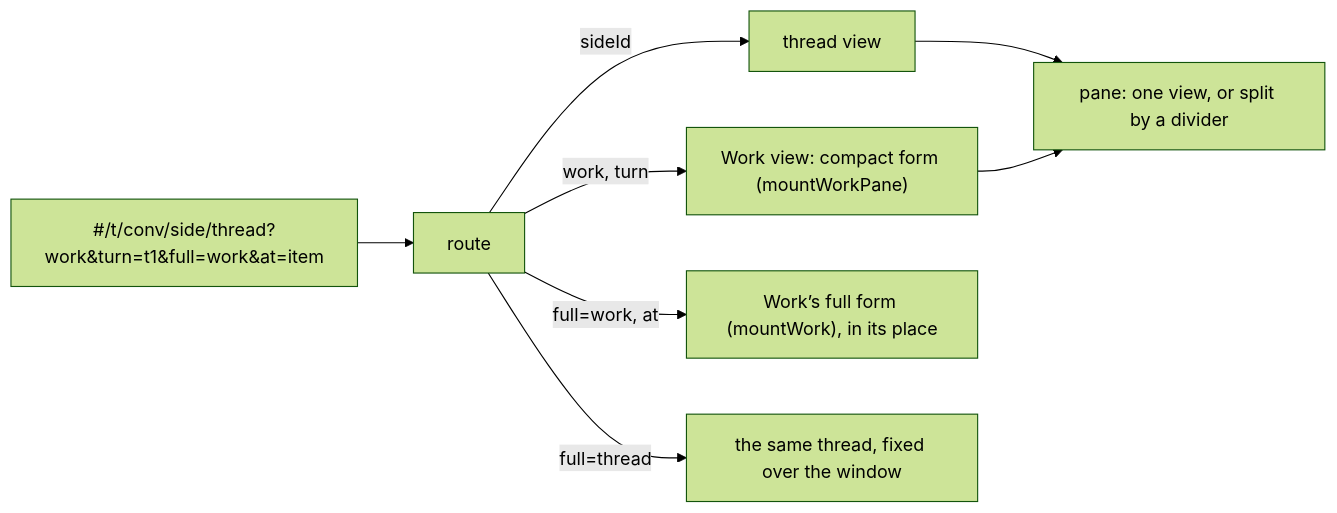
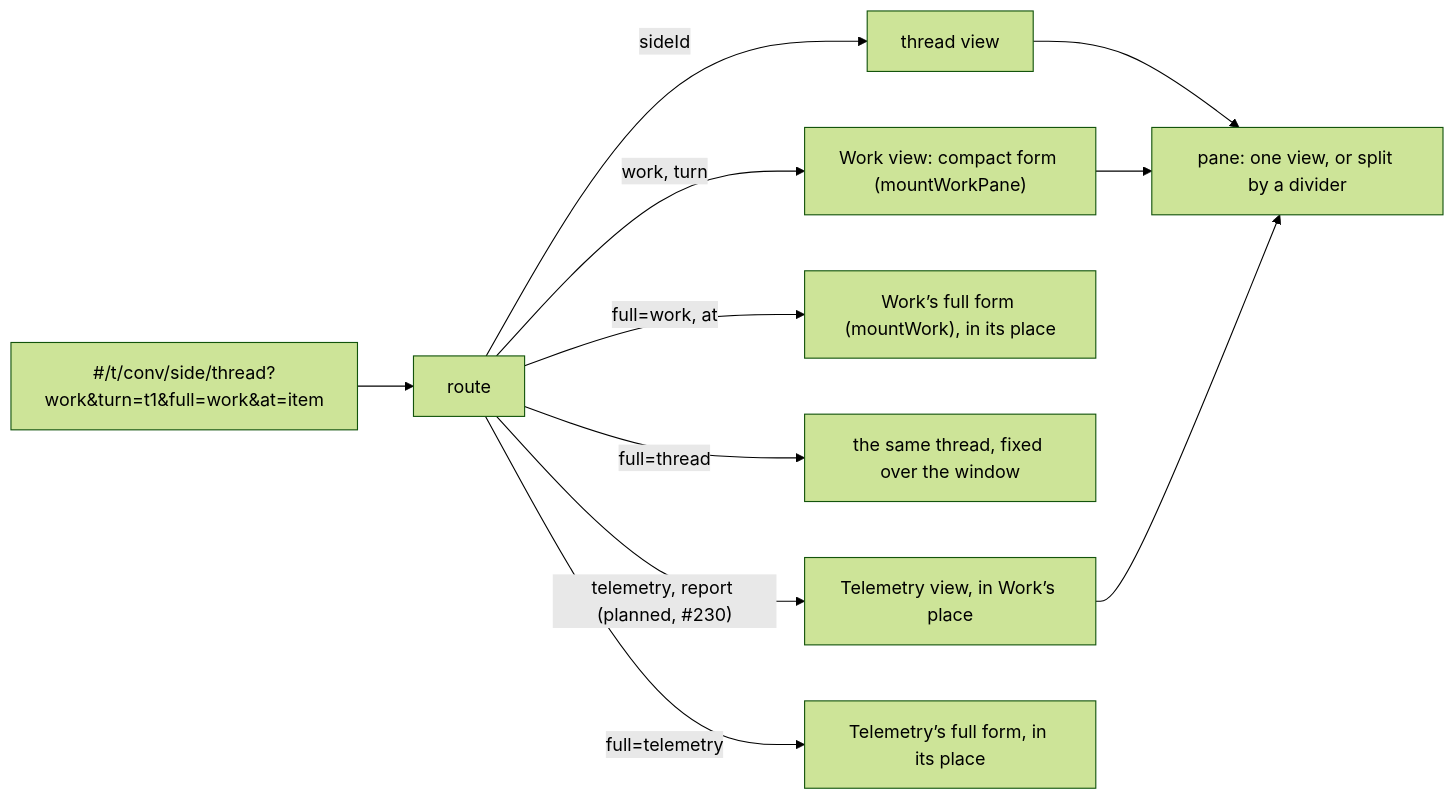
The eighth of 8 diagrams in designs/architecture.md (HJeon139/postbox), drawn with Mermaid (forest theme) before and after one commit. The commit also changed other lines of this file and 2 other files, not shown here.

Commit message:
docs(designs): let UAT proposals pass the gate, and settle Telemetry's pane slot
The integrator's check of #230 found that a UAT proposal could never pass
the gate: the classifier saw only the labeled items' turns, and a
proposal has no finding refs of its own. In UAT runs it now gets every
turn's row, a proposal's earliest turn is checked against the turns
issued for that report, and proposals stay out of the 60-item input cap
and the live bits bound while sharing the 8,000-character answer.

Also:
- a check finding offers at most five refs, so the 13-bit bound holds
- an unsaved report draft survives a reload with no second call
- acceptance 13 scoped to flag findings; new tests for proposals and
  the reload
- line 75 no longer mentions classifying messages

The person's ruling on the pane: Telemetry swaps in for Work, and
closing it brings Work back if it was open. intent.md's right-pane row
says so and describes its full form, and architecture.md's pane section
adds the planned view.

````diff
--- a/designs/architecture.md
+++ b/designs/architecture.md
@@ -405,9 +405,11 @@
 ```mermaid
 flowchart LR
   A["#/t/conv/side/thread?work&turn=t1&full=work&at=item"] --> R[route]
   R -->|sideId| T[thread view]
   R -->|work, turn| W["Work view: compact form (mountWorkPane)"]
   R -->|"full=work, at"| F["Work’s full form (mountWork), in its place"]
   R -->|full=thread| TF["the same thread, fixed over the window"]
-  T & W --> P["pane: one view, or split by a divider"]
+  R -->|"telemetry, report (planned, #230)"| TV["Telemetry view, in Work’s place"]
+  R -->|"full=telemetry"| TVF["Telemetry’s full form, in its place"]
+  T & W & TV --> P["pane: one view, or split by a divider"]
 ```
````
